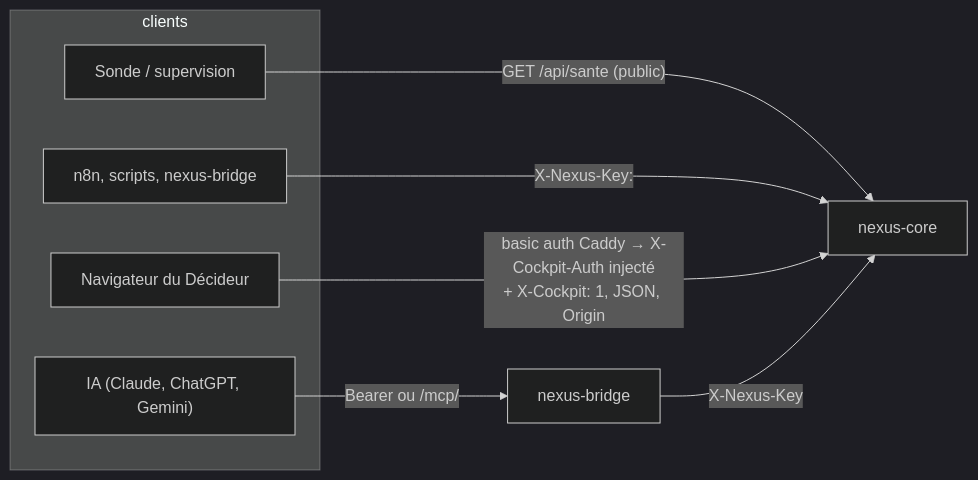
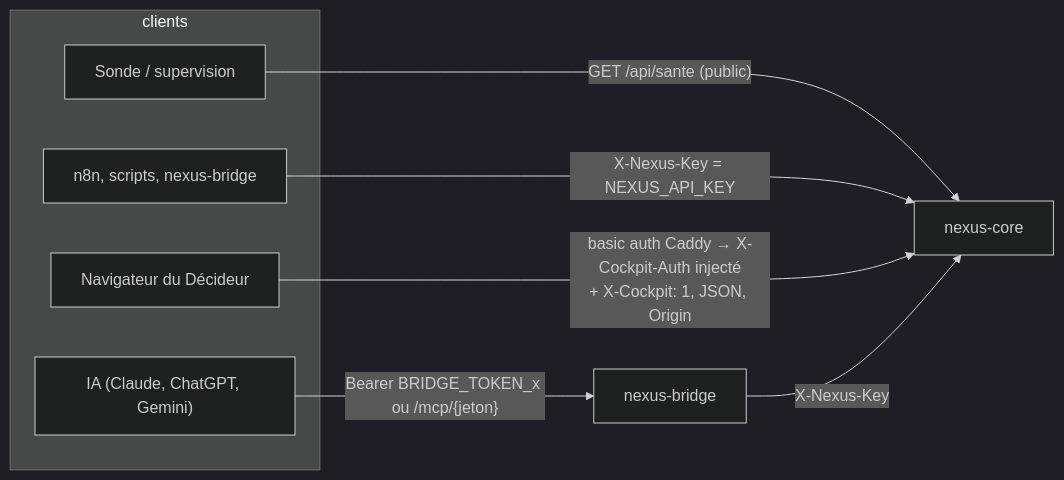
Before and after one commit to redkards/EspaceTravail-public: the diagram in docs/technique/04-api.md, drawn with Mermaid (dark theme). The commit also changed other lines of this file and 37 other files, not shown here.

````diff
--- a/docs/technique/04-api.md
+++ b/docs/technique/04-api.md
@@ -7,14 +7,14 @@
 ```mermaid
 flowchart LR
     subgraph clients
         S["Sonde / supervision"]
         N["n8n, scripts, nexus-bridge"]
         B["Navigateur du Décideur"]
         I["IA (Claude, ChatGPT, Gemini)"]
     end
     S -- "GET /api/sante (public)" --> CORE["nexus-core"]
-    N -- "X-Nexus-Key: <NEXUS_API_KEY>" --> CORE
+    N -- "X-Nexus-Key = NEXUS_API_KEY" --> CORE
     B -- "basic auth Caddy → X-Cockpit-Auth injecté<br/>+ X-Cockpit: 1, JSON, Origin" --> CORE
-    I -- "Bearer <BRIDGE_TOKEN_x> ou /mcp/<jeton>" --> BR["nexus-bridge"]
+    I -- "Bearer BRIDGE_TOKEN_x ou /mcp/{jeton}" --> BR["nexus-bridge"]
     BR -- "X-Nexus-Key" --> CORE
 ```
````
